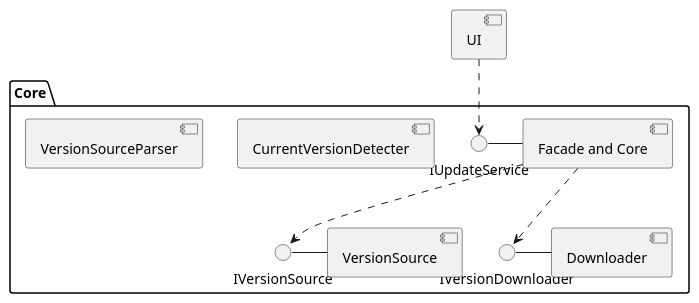
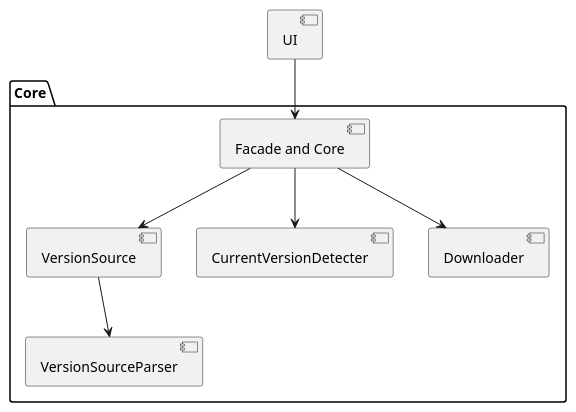
The diagram in doc/diagrams/architecture.md (jasase/autoupdate.net), drawn with PlantUML before and after one commit.

Commit message:
Updated Architecture model

```diff
--- a/doc/diagrams/architecture.md
+++ b/doc/diagrams/architecture.md
@@ -1,39 +1,33 @@
 @startuml
 
 package "Core" {
-    interface "IUpdateService" as US    
-    interface "IVersionSource" as VS 
-    interface "IVersionDownloader" as VD
-
     component [VersionSource]
     component [CurrentVersionDetecter]
     component [Downloader]   
     component [VersionSourceParser] 
     component [Facade and Core] as Facade    
 }
 
-US - [Facade]
-VS - [VersionSource]
-VD - [Downloader]
+[Facade] --> [VersionSource]
+[Facade] --> [Downloader]
 
-[Facade] ..> VS
-[Facade] ..> VD
-
+[VersionSource] --> [VersionSourceParser]
+[Facade] --> [CurrentVersionDetecter]
 
 component [UI]
-[UI] ..> US
+[UI] --> [Facade]
 
 
 
 
 
 
 
 
 
 
 
 
 
 
 @enduml
```
